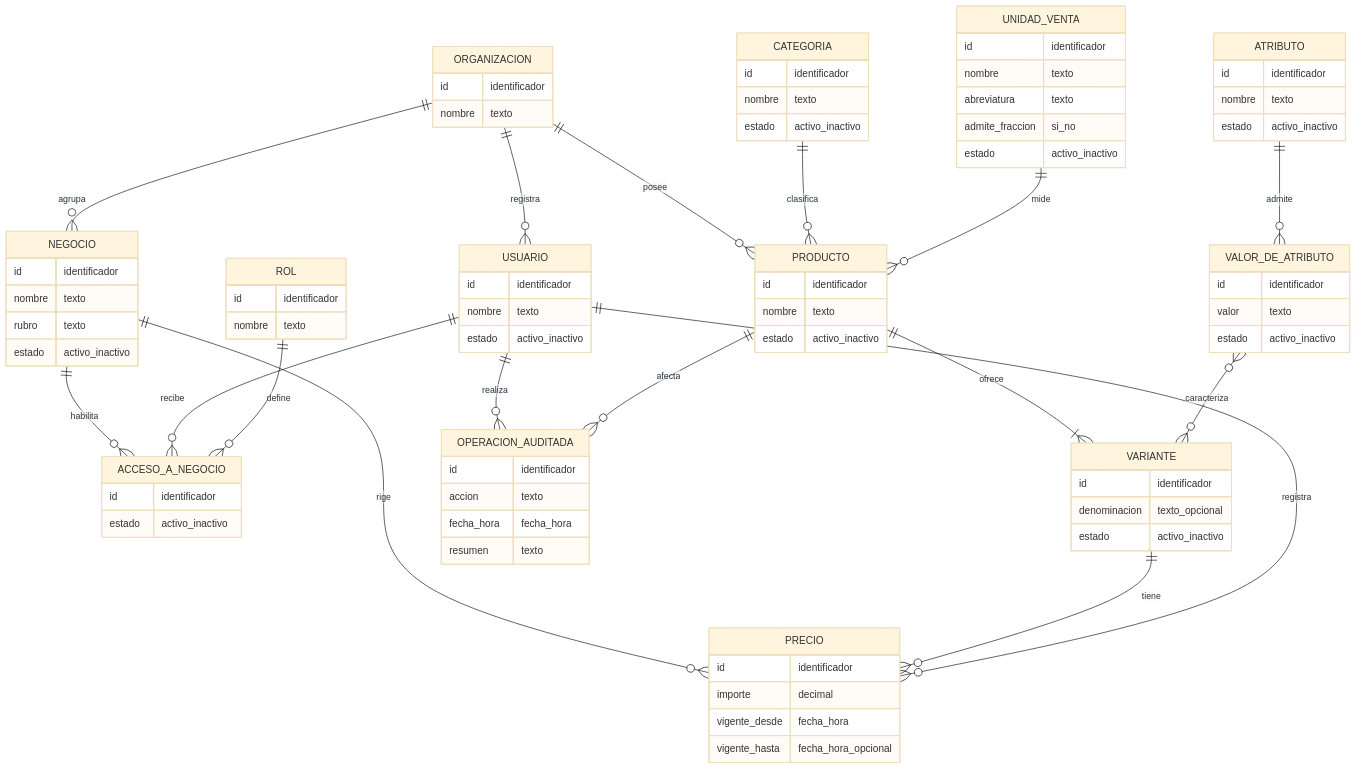
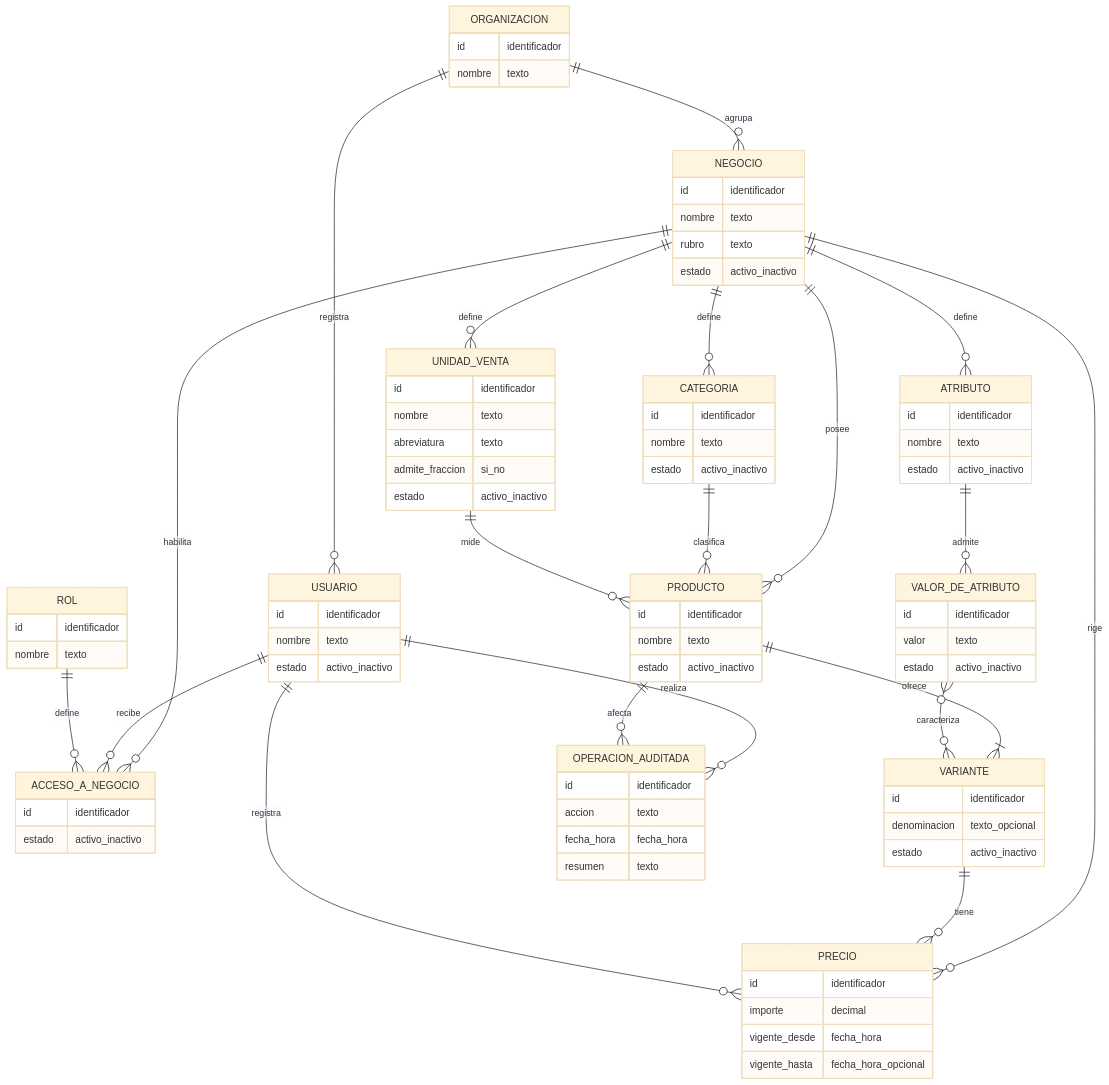
One commit to ariadnacisterna/business-management changed the diagram in docs/07-modelo-conceptual.md. Above: the diagram before and after it, drawn with Mermaid (base theme). The commit also changed other lines of this file and 29 other files, not shown here.

````diff
--- a/docs/07-modelo-conceptual.md
+++ b/docs/07-modelo-conceptual.md
@@ -5,8 +5,11 @@
 ```mermaid
 erDiagram
     ORGANIZACION ||--o{ NEGOCIO : agrupa
-    ORGANIZACION ||--o{ PRODUCTO : posee
     ORGANIZACION ||--o{ USUARIO : registra
+    NEGOCIO ||--o{ PRODUCTO : posee
+    NEGOCIO ||--o{ CATEGORIA : define
+    NEGOCIO ||--o{ UNIDAD_VENTA : define
+    NEGOCIO ||--o{ ATRIBUTO : define
     NEGOCIO ||--o{ PRECIO : rige
     NEGOCIO ||--o{ ACCESO_A_NEGOCIO : habilita
     USUARIO ||--o{ ACCESO_A_NEGOCIO : recibe
````
